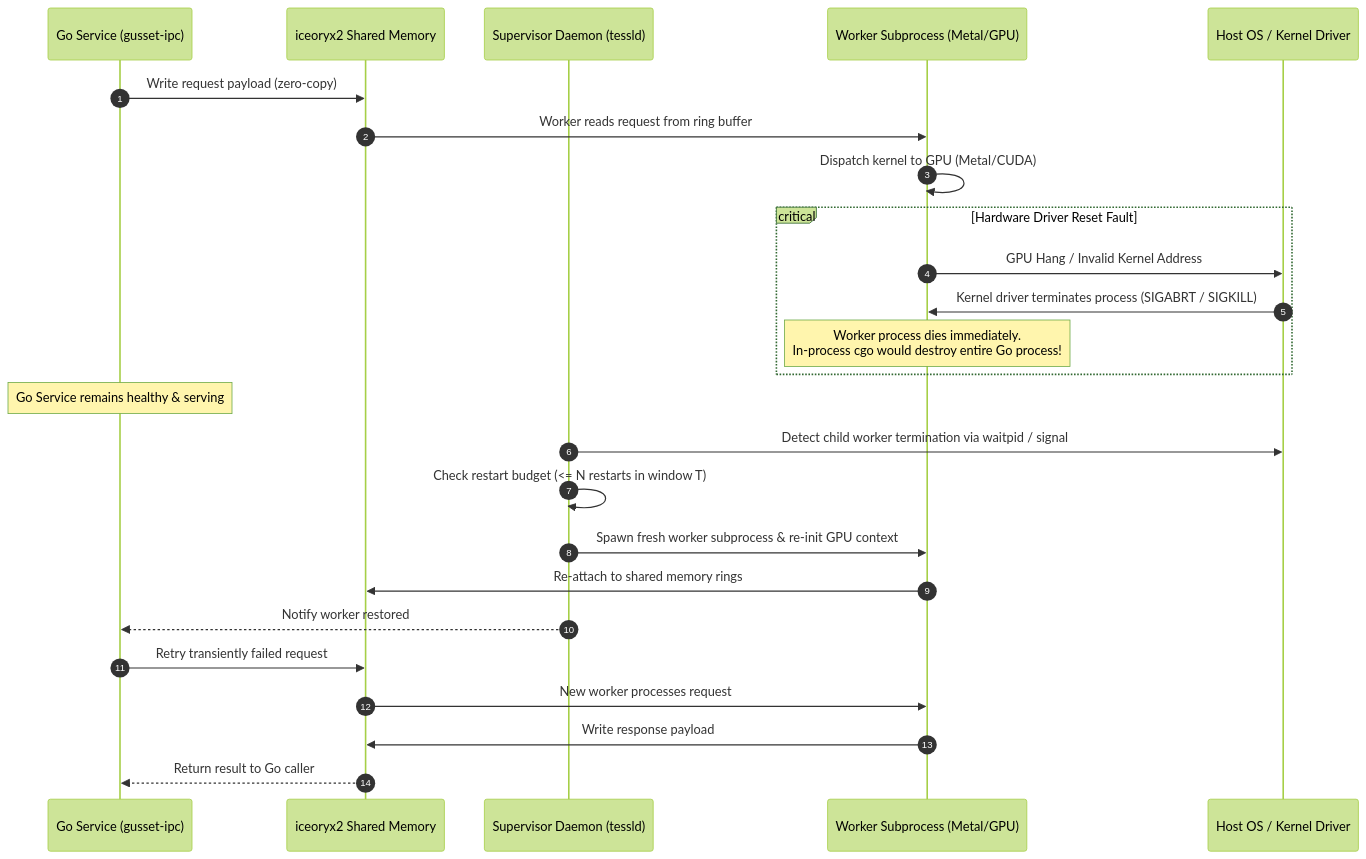
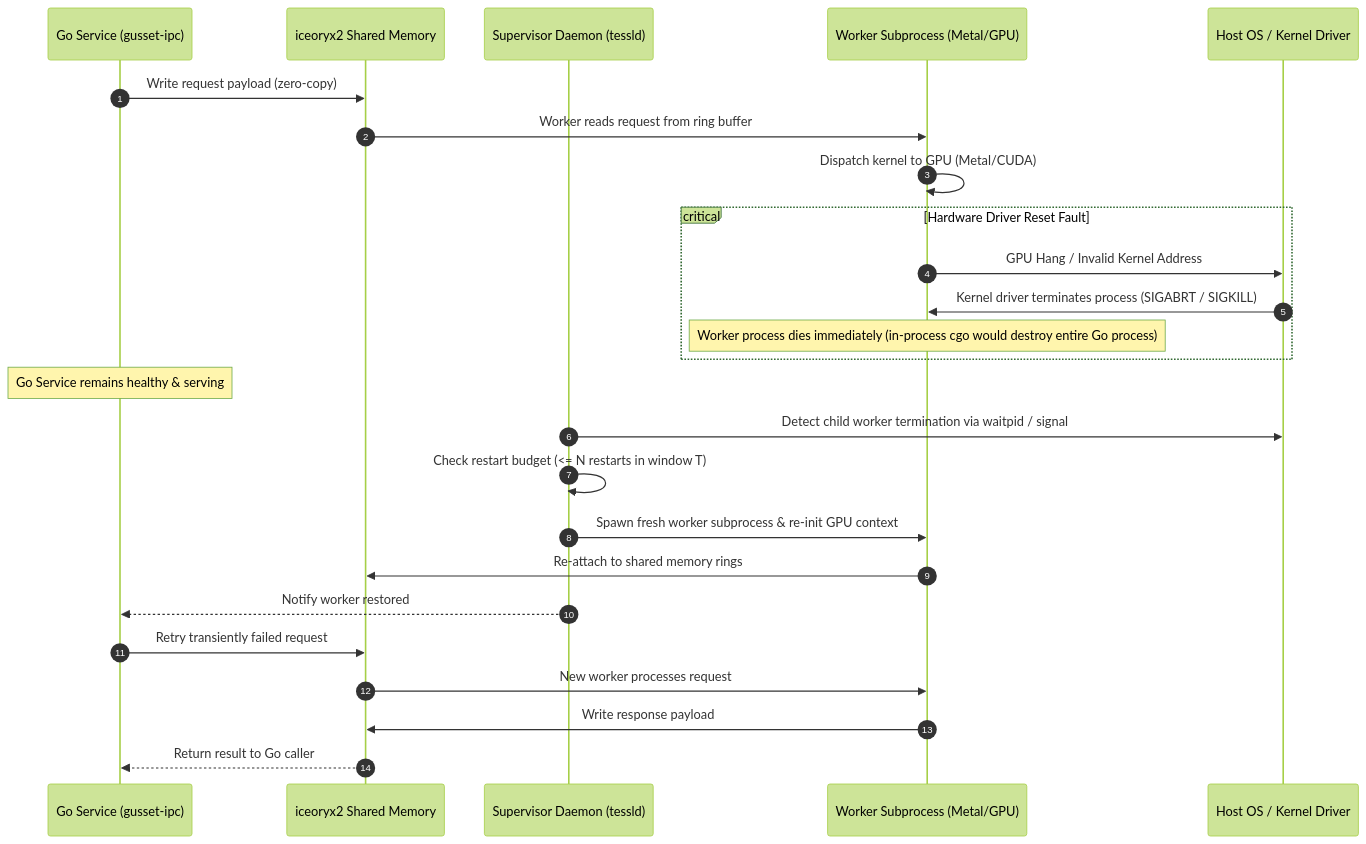
The second of 2 diagrams in docs/ipc.md (bharathvbcr/gusset), drawn with Mermaid (forest theme) before and after one commit. The commit also changed 1 other file, not shown here.

Commit message:
docs: fix Mermaid sequence diagram notes syntax for GitHub rendering protecting I1-I6

````diff
--- a/docs/ipc.md
+++ b/docs/ipc.md
@@ -66,30 +66,30 @@
 ```mermaid
 sequenceDiagram
     autonumber
     participant Go as Go Service (gusset-ipc)
     participant Shm as iceoryx2 Shared Memory
     participant Super as Supervisor Daemon (tessld)
     participant Worker as Worker Subprocess (Metal/GPU)
     participant OS as Host OS / Kernel Driver
 
     Go->>Shm: Write request payload (zero-copy)
     Shm->>Worker: Worker reads request from ring buffer
     Worker->>Worker: Dispatch kernel to GPU (Metal/CUDA)
 
     critical Hardware Driver Reset Fault
         Worker->>OS: GPU Hang / Invalid Kernel Address
         OS->>Worker: Kernel driver terminates process (SIGABRT / SIGKILL)
-        Note over Worker: Worker process dies immediately.<br/>In-process cgo would destroy entire Go process!
+        Note over Worker: Worker process dies immediately (in-process cgo would destroy entire Go process)
     end
 
     Note over Go: Go Service remains healthy & serving
     Super->>OS: Detect child worker termination via waitpid / signal
     Super->>Super: Check restart budget (<= N restarts in window T)
     Super->>Worker: Spawn fresh worker subprocess & re-init GPU context
     Worker->>Shm: Re-attach to shared memory rings
     Super-->>Go: Notify worker restored
     Go->>Shm: Retry transiently failed request
     Shm->>Worker: New worker processes request
     Worker->>Shm: Write response payload
     Shm-->>Go: Return result to Go caller
 ```
````
